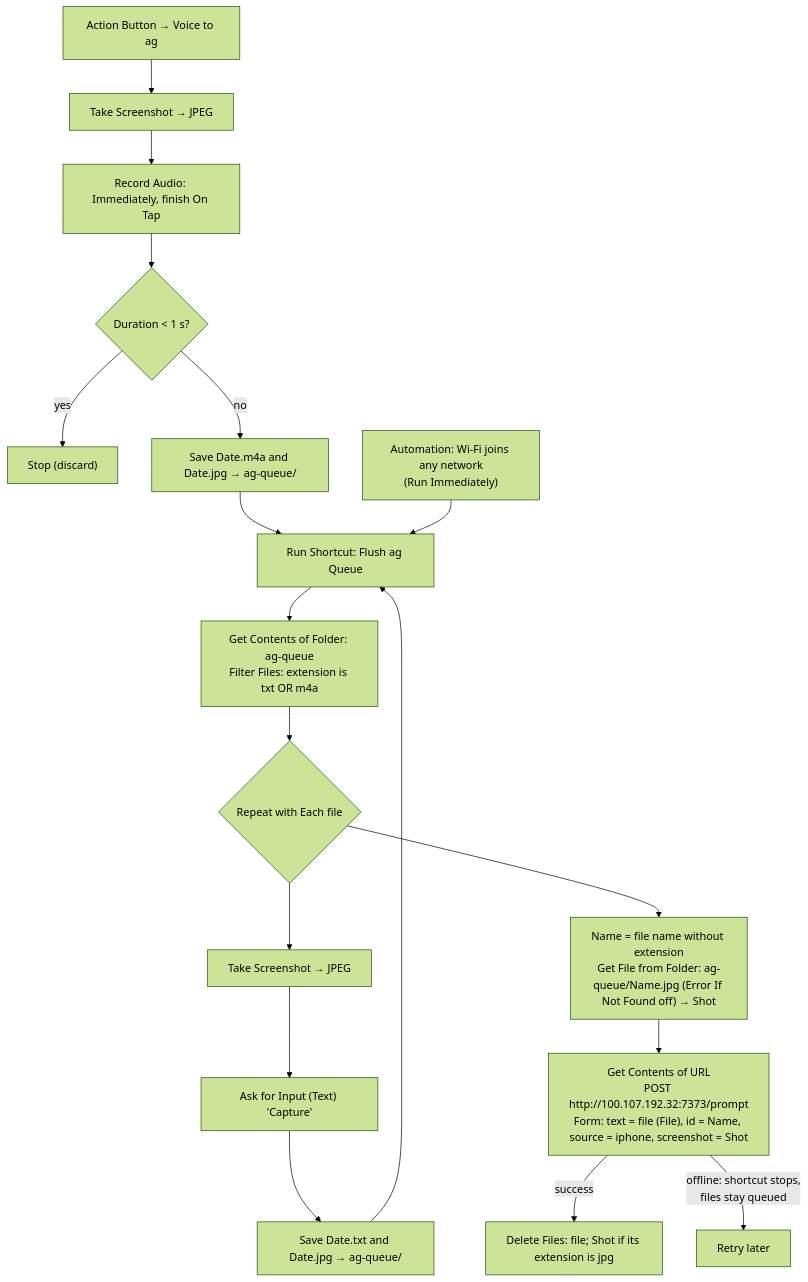
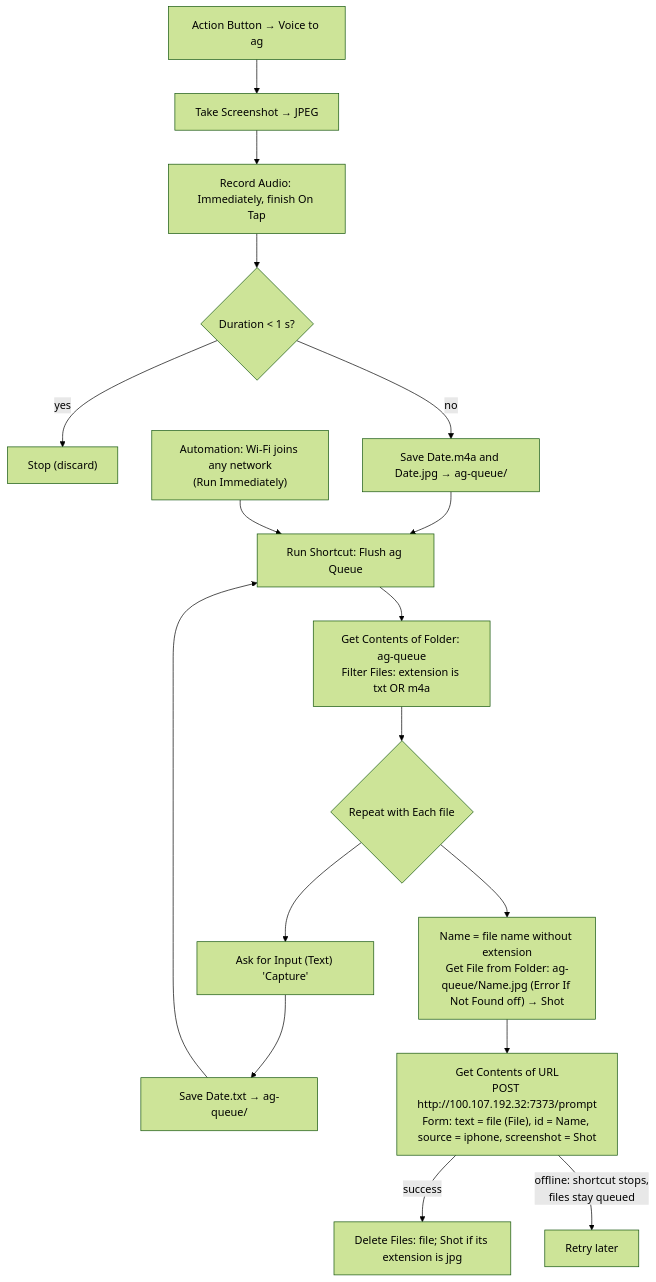
Before and after one commit to koerschner/ag: the diagram in ios-shortcuts/capture-to-ag.md, drawn with Mermaid (forest theme). The commit also changed other lines of this file and 1 other file, not shown here.

````diff
--- a/ios-shortcuts/capture-to-ag.md
+++ b/ios-shortcuts/capture-to-ag.md
@@ -31,22 +31,21 @@
 ```mermaid
 flowchart TD
     A[Action Button → Voice to ag] --> V0["Take Screenshot → JPEG"]
     V0 --> V4["Record Audio: Immediately, finish On Tap"]
     V4 --> V7{"Duration < 1 s?"}
     V7 -- yes --> V8["Stop (discard)"]
     V7 -- no --> V9["Save Date.m4a and Date.jpg → ag-queue/"]
     V9 --> F["Run Shortcut: Flush ag Queue"]
 
-    H[Home Screen icon → Capture to ag] --> S["Take Screenshot → JPEG"]
-    S --> B["Ask for Input (Text) 'Capture'"]
-    B --> D["Save Date.txt and Date.jpg → ag-queue/"]
+    H[Home Screen icon → Capture to ag] --> B["Ask for Input (Text) 'Capture'"]
+    B --> D["Save Date.txt → ag-queue/"]
     D --> F
 
     W["Automation: Wi-Fi joins any network<br/>(Run Immediately)"] --> F
     F --> G["Get Contents of Folder: ag-queue<br/>Filter Files: extension is txt OR m4a"]
     G --> H{"Repeat with Each file"}
     H --> N["Name = file name without extension<br/>Get File from Folder: ag-queue/Name.jpg (Error If Not Found off) → Shot"]
     N --> I["Get Contents of URL<br/>POST http://100.107.192.32:7373/prompt<br/>Form: text = file (File), id = Name, source = iphone, screenshot = Shot"]
     I -- "success" --> J["Delete Files: file; Shot if its extension is jpg"]
     I -- "offline: shortcut stops,<br/>files stay queued" --> K[Retry later]
 ```
````
